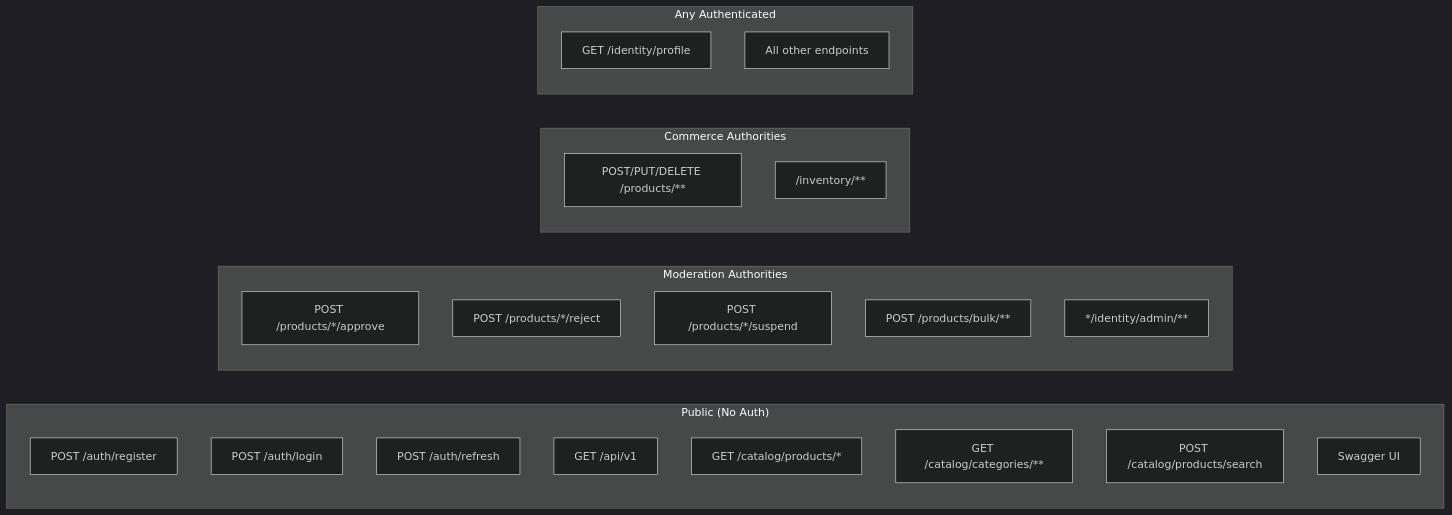
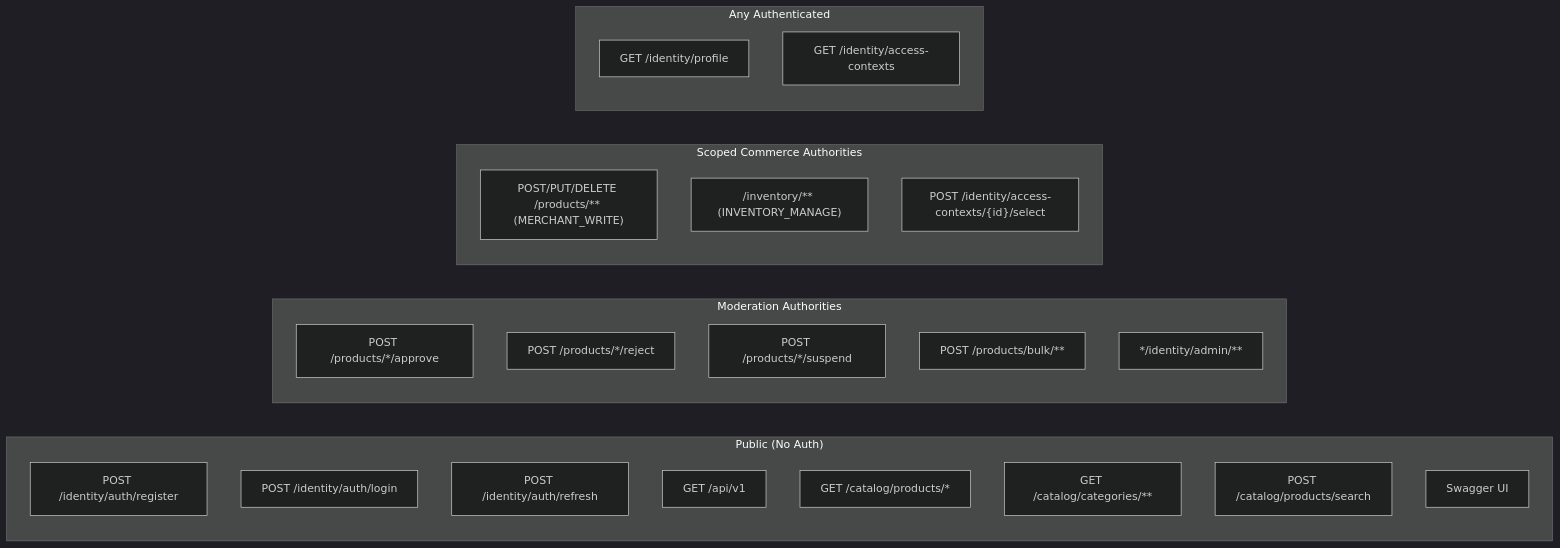
Before and after one commit to khinemyaezin/grab: the sixth of 7 diagrams in docs/dev/domain/identity/architecture/DGR_002-Identity_module_architecture.md, drawn with Mermaid (dark theme). The commit also changed other lines of this file and 178 other files, not shown here.

Commit message:
feat: enhance identity module with merchant ID support and new security manifest commands

````diff
--- a/docs/dev/domain/identity/architecture/DGR_002-Identity_module_architecture.md
+++ b/docs/dev/domain/identity/architecture/DGR_002-Identity_module_architecture.md
@@ -185,31 +220,32 @@
 ```mermaid
 flowchart LR
     subgraph public["Public (No Auth)"]
-        P1["POST /auth/register"]
-        P2["POST /auth/login"]
-        P3["POST /auth/refresh"]
+        P1["POST /identity/auth/register"]
+        P2["POST /identity/auth/login"]
+        P3["POST /identity/auth/refresh"]
         P4["GET /api/v1"]
         P5["GET /catalog/products/*"]
         P6["GET /catalog/categories/**"]
         P7["POST /catalog/products/search"]
         P8["Swagger UI"]
     end
 
     subgraph moderation["Moderation Authorities"]
         A1["POST /products/*/approve"]
         A2["POST /products/*/reject"]
         A3["POST /products/*/suspend"]
         A4["POST /products/bulk/**"]
         A5["*/identity/admin/**"]
     end
 
-    subgraph commerce["Commerce Authorities"]
-        S1["POST/PUT/DELETE /products/**"]
-        S2["/inventory/**"]
+    subgraph commerce["Scoped Commerce Authorities"]
+        S1["POST/PUT/DELETE /products/** (MERCHANT_WRITE)"]
+        S2["/inventory/** (INVENTORY_MANAGE)"]
+        S3["POST /identity/access-contexts/{id}/select"]
     end
 
     subgraph authenticated["Any Authenticated"]
         AU1["GET /identity/profile"]
-        AU2["All other endpoints"]
+        AU2["GET /identity/access-contexts"]
     end
 ```
````
